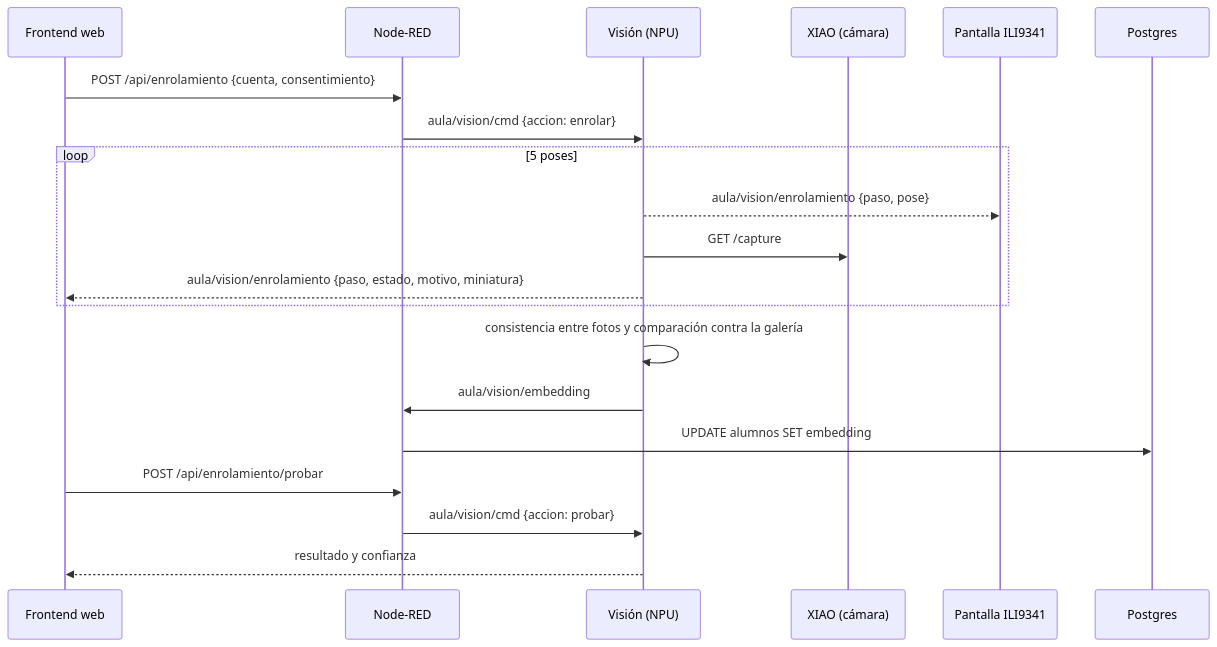
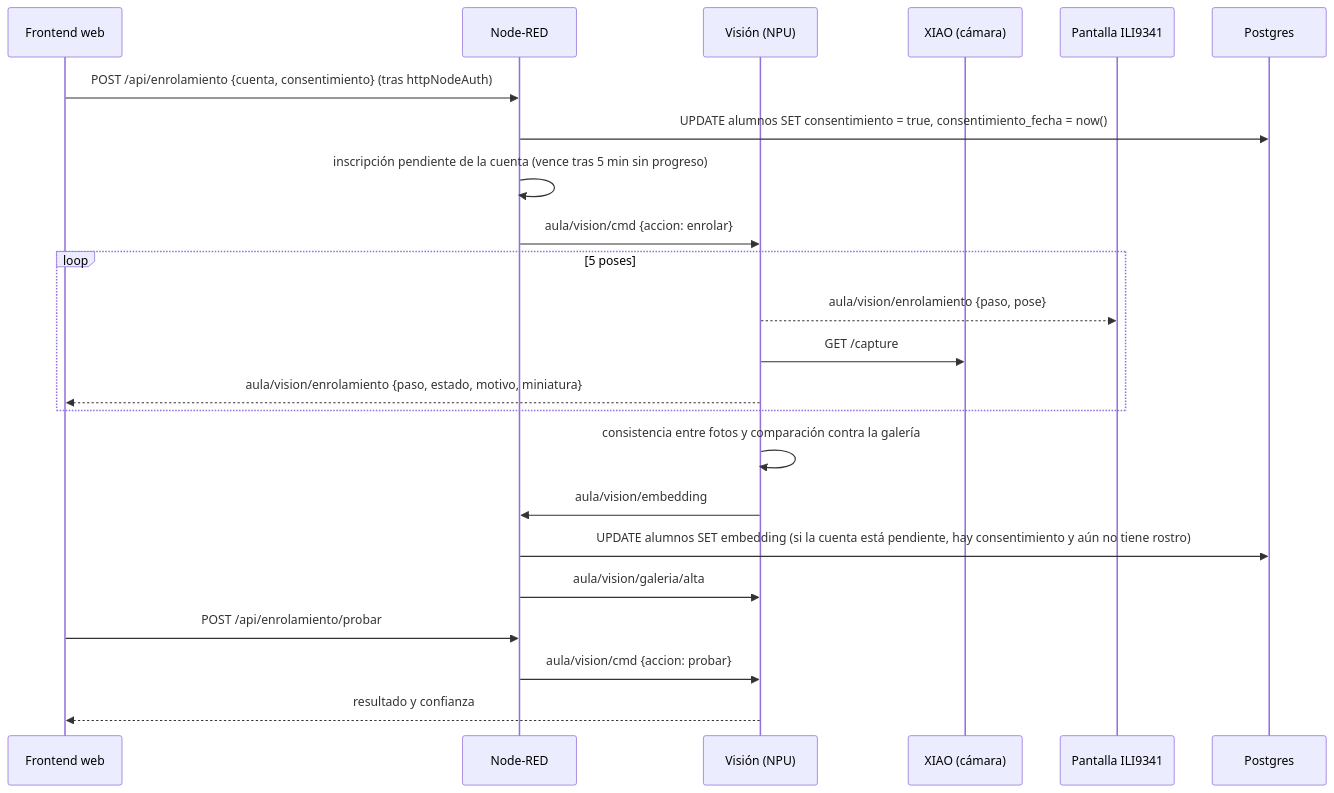
One commit to GustavoVaAsc/AutoList changed the third of 3 diagrams in docs/HIGH-LEVEL-PLAN.md. Above: the diagram before and after it, drawn with Mermaid. The commit also changed other lines of this file and 3 other files, not shown here.

````diff
--- a/docs/HIGH-LEVEL-PLAN.md
+++ b/docs/HIGH-LEVEL-PLAN.md
@@ -154,23 +156,26 @@
 ```mermaid
 sequenceDiagram
   participant W as Frontend web
   participant N as Node-RED
   participant V as Visión (NPU)
   participant X as XIAO (cámara)
   participant L as Pantalla ILI9341
   participant D as Postgres
 
-  W->>N: POST /api/enrolamiento {cuenta, consentimiento}
+  W->>N: POST /api/enrolamiento {cuenta, consentimiento} (tras httpNodeAuth)
+  N->>D: UPDATE alumnos SET consentimiento = true, consentimiento_fecha = now()
+  N->>N: inscripción pendiente de la cuenta (vence tras 5 min sin progreso)
   N->>V: aula/vision/cmd {accion: enrolar}
   loop 5 poses
     V-->>L: aula/vision/enrolamiento {paso, pose}
     V->>X: GET /capture
     V-->>W: aula/vision/enrolamiento {paso, estado, motivo, miniatura}
   end
   V->>V: consistencia entre fotos y comparación contra la galería
   V->>N: aula/vision/embedding
-  N->>D: UPDATE alumnos SET embedding
+  N->>D: UPDATE alumnos SET embedding (si la cuenta está pendiente, hay consentimiento y aún no tiene rostro)
+  N->>V: aula/vision/galeria/alta
   W->>N: POST /api/enrolamiento/probar
   N->>V: aula/vision/cmd {accion: probar}
   V-->>W: resultado y confianza
 ```
````
